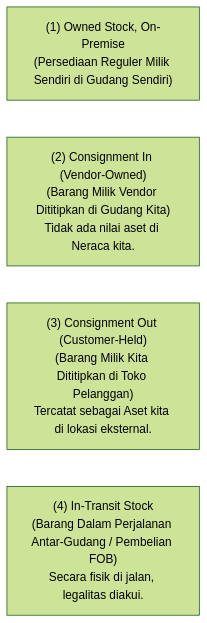
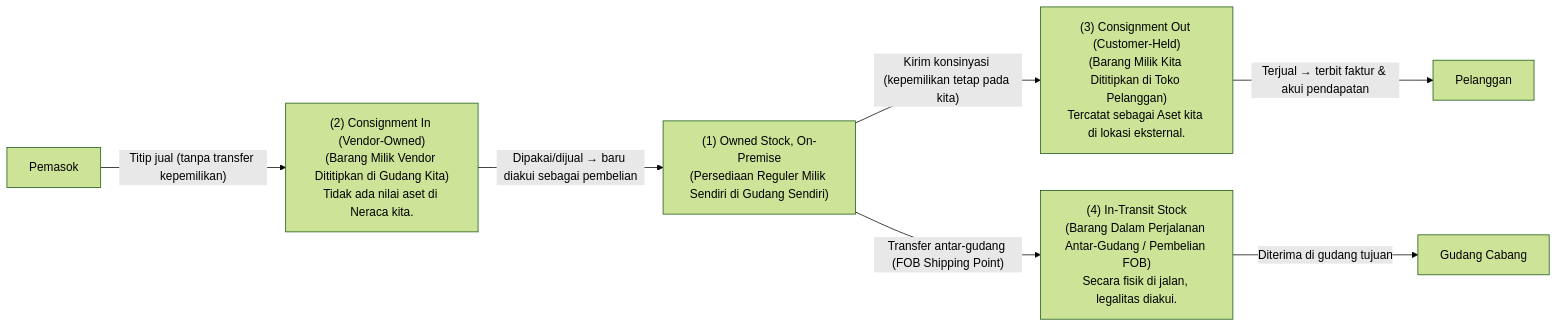
The second of 2 diagrams in content/05-inventory/inventory-fundamentals.md (alimurrofid/erp-notes), drawn with Mermaid (forest theme) before and after one commit. The commit also changed other lines of this file and 168 other files, not shown here.

````diff
--- a/content/05-inventory/inventory-fundamentals.md
+++ b/content/05-inventory/inventory-fundamentals.md
@@ -72,7 +72,18 @@
 ```mermaid
 flowchart LR
-        Own1["(1) Owned Stock, On-Premise<br/>(Persediaan Reguler Milik Sendiri di Gudang Sendiri)"]
-        Own2["(2) Consignment In (Vendor-Owned)<br/>(Barang Milik Vendor Dititipkan di Gudang Kita)<br/>Tidak ada nilai aset di Neraca kita."]
-        Own3["(3) Consignment Out (Customer-Held)<br/>(Barang Milik Kita Dititipkan di Toko Pelanggan)<br/>Tercatat sebagai Aset kita di lokasi eksternal."]
-        Own4["(4) In-Transit Stock<br/>(Barang Dalam Perjalanan Antar-Gudang / Pembelian FOB)<br/>Secara fisik di jalan, legalitas diakui."]
+    Vendor["Pemasok"]
+    Customer["Pelanggan"]
+    Branch["Gudang Cabang"]
+
+    Own2["(2) Consignment In (Vendor-Owned)<br/>(Barang Milik Vendor Dititipkan di Gudang Kita)<br/>Tidak ada nilai aset di Neraca kita."]
+    Own1["(1) Owned Stock, On-Premise<br/>(Persediaan Reguler Milik Sendiri di Gudang Sendiri)"]
+    Own3["(3) Consignment Out (Customer-Held)<br/>(Barang Milik Kita Dititipkan di Toko Pelanggan)<br/>Tercatat sebagai Aset kita di lokasi eksternal."]
+    Own4["(4) In-Transit Stock<br/>(Barang Dalam Perjalanan Antar-Gudang / Pembelian FOB)<br/>Secara fisik di jalan, legalitas diakui."]
+
+    Vendor -->|"Titip jual (tanpa transfer kepemilikan)"| Own2
+    Own2 -->|"Dipakai/dijual → baru diakui sebagai pembelian"| Own1
+    Own1 -->|"Kirim konsinyasi (kepemilikan tetap pada kita)"| Own3
+    Own3 -->|"Terjual → terbit faktur & akui pendapatan"| Customer
+    Own1 -->|"Transfer antar-gudang (FOB Shipping Point)"| Own4
+    Own4 -->|"Diterima di gudang tujuan"| Branch
 ```
````
